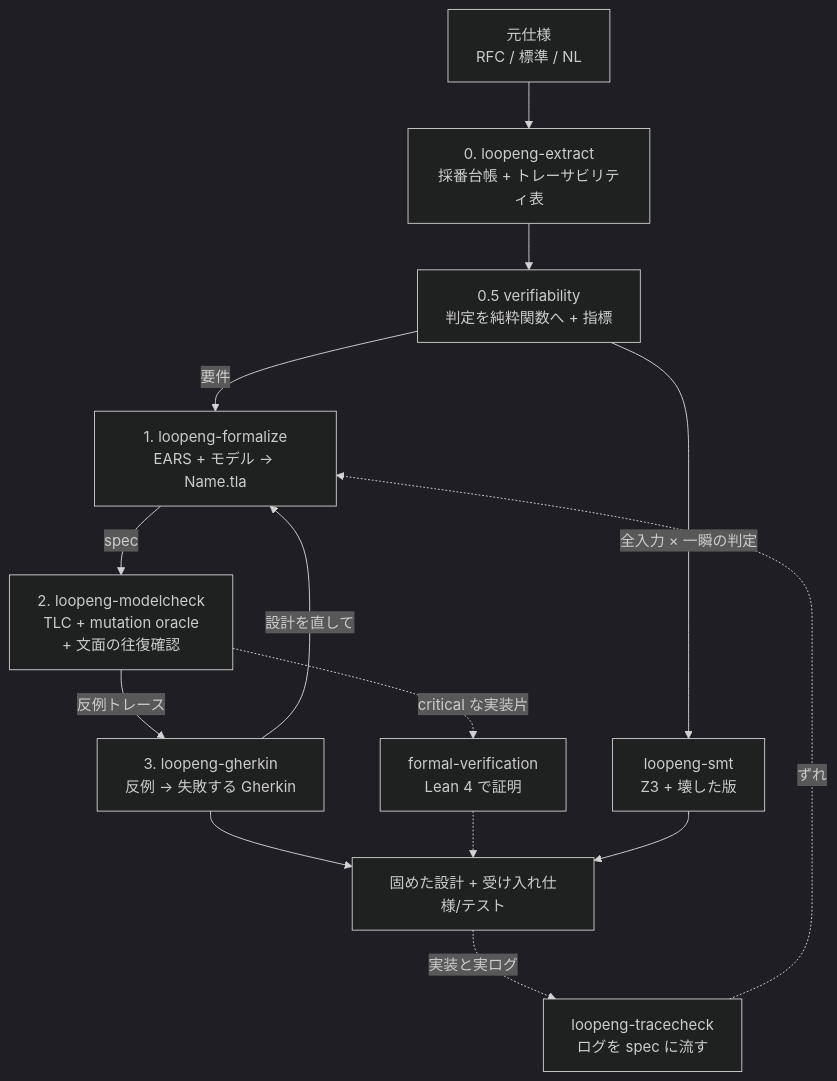
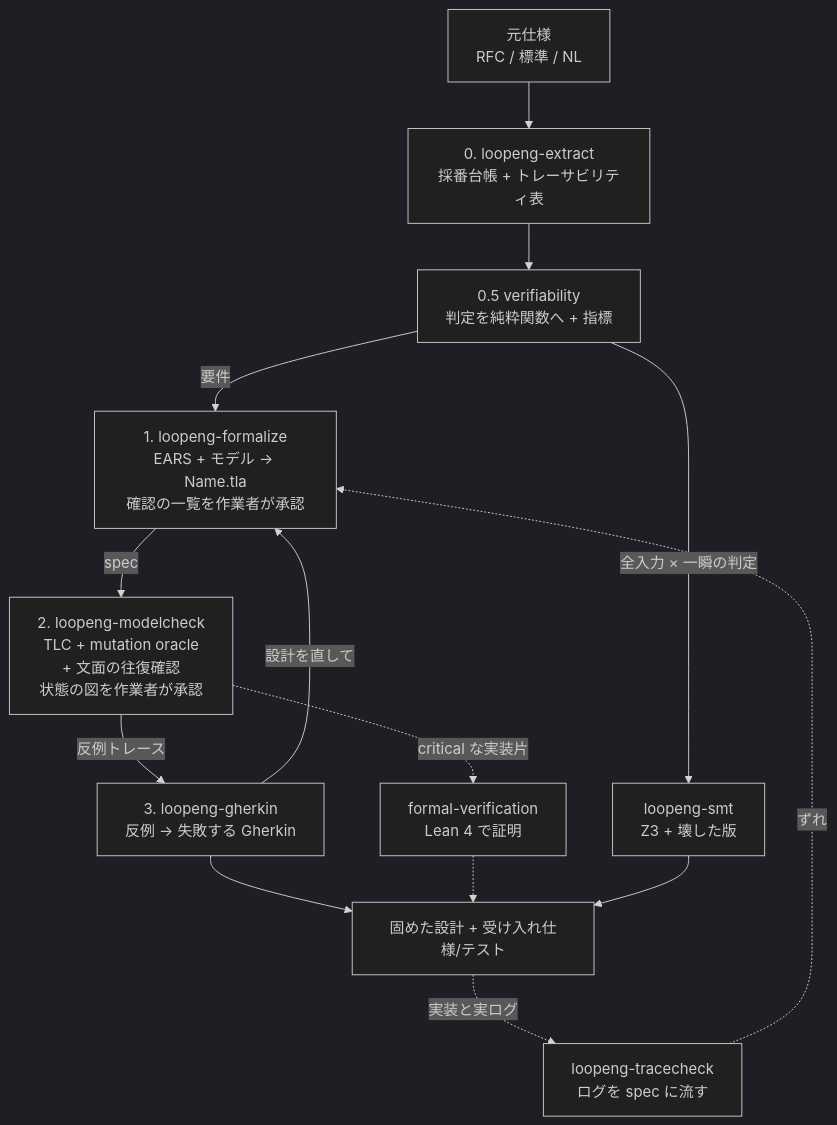
Before and after one commit to Hakkadaikon/hymme: the diagram in skills/loop-engineering/SKILL.md, drawn with Mermaid (dark theme). The commit also changed other lines of this file and 23 other files, not shown here.

````diff
--- a/skills/loop-engineering/SKILL.md
+++ b/skills/loop-engineering/SKILL.md
@@ -54,16 +55,16 @@
 ```mermaid
 flowchart TD
     SPEC[元仕様<br/>RFC / 標準 / NL] --> L0[0. loopeng-extract<br/>採番台帳 + トレーサビリティ表]
     L0 --> V[0.5 verifiability<br/>判定を純粋関数へ + 指標]
-    V -->|要件| L1[1. loopeng-formalize<br/>EARS + モデル → Name.tla]
-    L1 -->|spec| L2[2. loopeng-modelcheck<br/>TLC + mutation oracle<br/>+ 文面の往復確認]
+    V -->|要件| L1[1. loopeng-formalize<br/>EARS + モデル → Name.tla<br/>確認の一覧を作業者が承認]
+    L1 -->|spec| L2[2. loopeng-modelcheck<br/>TLC + mutation oracle<br/>+ 文面の往復確認<br/>状態の図を作業者が承認]
     L2 -->|反例トレース| L3[3. loopeng-gherkin<br/>反例 → 失敗する Gherkin]
     L3 -->|設計を直して| L1
     L2 -.->|critical な実装片| LEAN[formal-verification<br/>Lean 4 で証明]
     L3 --> OUT[固めた設計 + 受け入れ仕様/テスト]
     LEAN -.-> OUT
     V -->|全入力 × 一瞬の判定| SMT[loopeng-smt<br/>Z3 + 壊した版]
     SMT --> OUT
     OUT -.->|実装と実ログ| TC[loopeng-tracecheck<br/>ログを spec に流す]
     TC -.->|ずれ| L1
 ```
````
